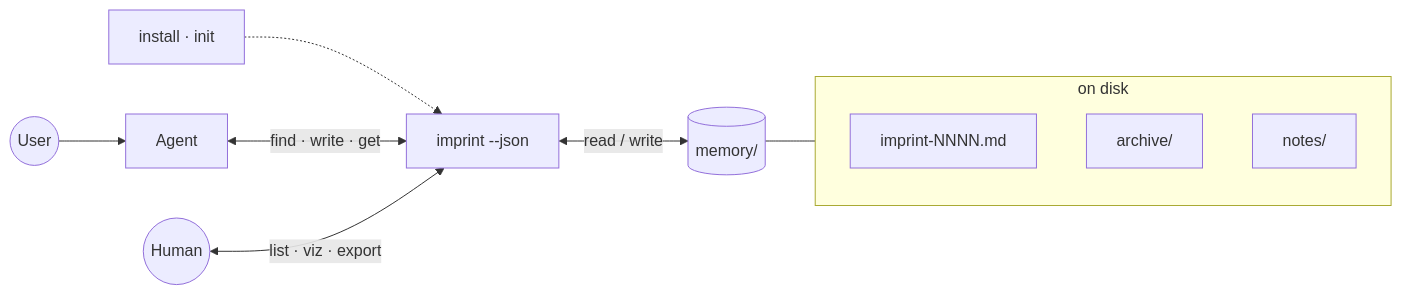
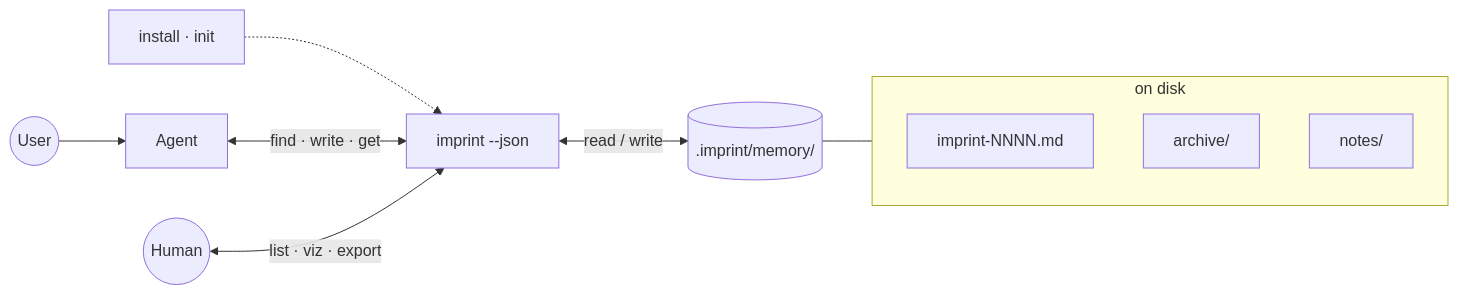
The first of 2 diagrams in README.md (SteamedBread2333/imprint), drawn with Mermaid before and after one commit. The commit also changed other lines of this file and 24 other files, not shown here.

````diff
--- a/README.md
+++ b/README.md
@@ -41,21 +41,21 @@
 ```mermaid
 flowchart LR
   Setup["install · init"] -.-> CLI
 
   User((User)) --> Agent[Agent]
   Human((Human))
 
   Agent <-->|find · write · get| CLI["imprint --json"]
   Human <-->|list · viz · export| CLI
 
-  CLI <-->|read / write| Vault[(memory/)]
+  CLI <-->|read / write| Vault[(.imprint/memory/)]
 
   Vault --- Disk
 
   subgraph Disk["on disk"]
     direction TB
     Shards[imprint-NNNN.md]
     Archive[archive/]
     Notes[notes/]
   end
 ```
````
